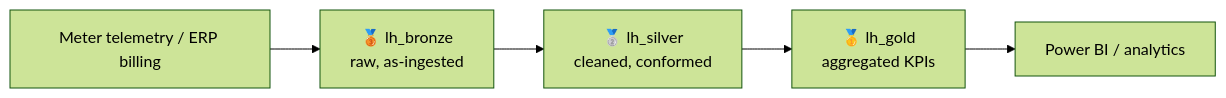
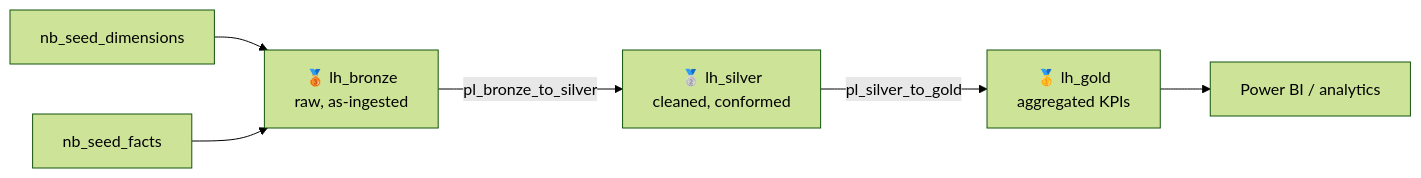
Before and after one commit to stpapaix/demo-ontology-energy: the diagram in README.md, drawn with Mermaid (forest theme). The commit also changed other lines of this file, not shown here.

Commit message:
Update README: final architecture, deployed artifacts, non-destructive deploy, run order

````diff
--- a/README.md
+++ b/README.md
@@ -10,7 +10,8 @@
 ```mermaid
 flowchart LR
-    SRC[Meter telemetry / ERP billing] --> B[🥉 lh_bronze<br/>raw, as-ingested]
-    B --> S[🥈 lh_silver<br/>cleaned, conformed]
-    S --> G[🥇 lh_gold<br/>aggregated KPIs]
+    NB1[nb_seed_dimensions] --> B
+    NB2[nb_seed_facts] --> B
+    B[🥉 lh_bronze<br/>raw, as-ingested] -->|pl_bronze_to_silver| S[🥈 lh_silver<br/>cleaned, conformed]
+    S -->|pl_silver_to_gold| G[🥇 lh_gold<br/>aggregated KPIs]
     G --> BI[Power BI / analytics]
 ```
````
